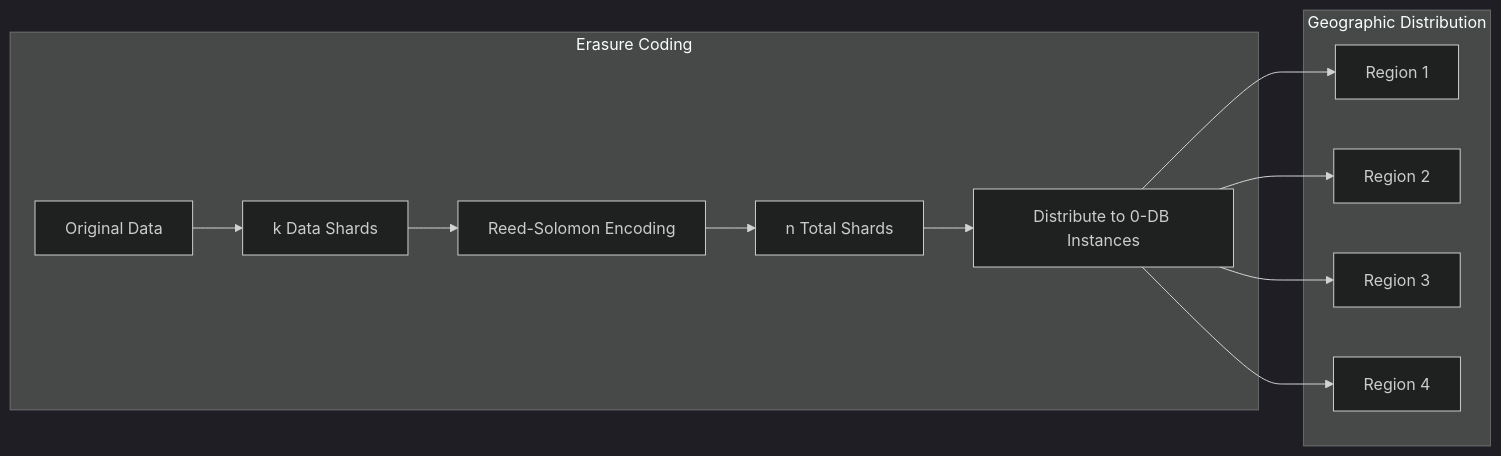
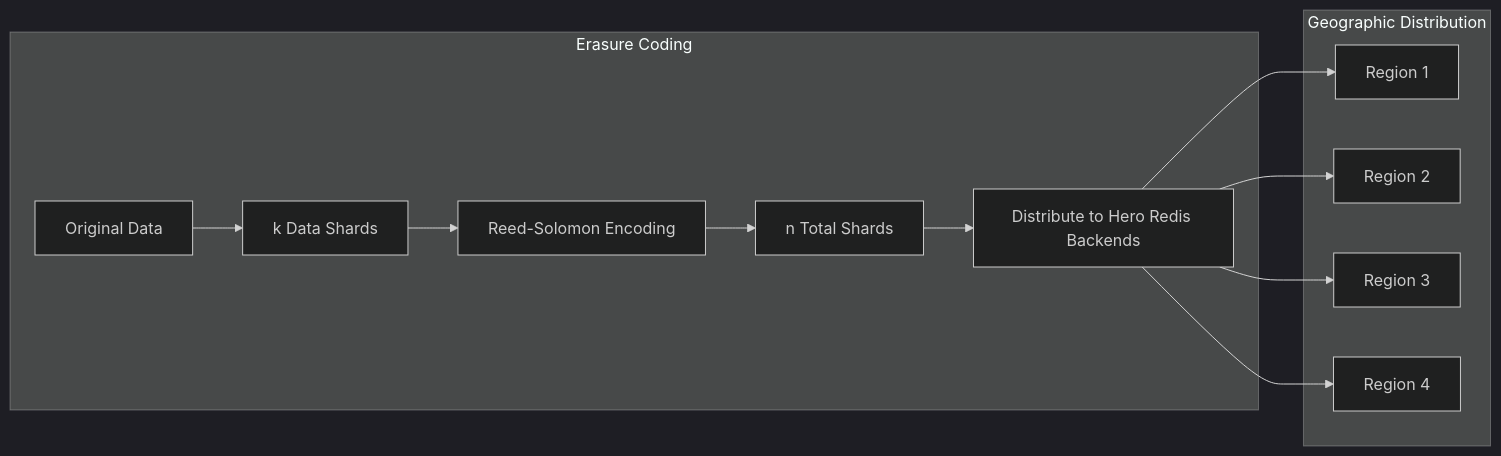
One commit to threefoldtech/mycelium-cdn-registry changed the second of 3 diagrams in docs/mycdnctl-user-guide.md. Above: the diagram before and after it, drawn with Mermaid (dark theme). The commit also changed other lines of this file and 14 other files, not shown here.

Commit message:
Change 0-db implementation to hero_redis

````diff
--- a/docs/mycdnctl-user-guide.md
+++ b/docs/mycdnctl-user-guide.md
@@ -91,16 +104,16 @@
 ```mermaid
 graph LR
     subgraph "Erasure Coding"
         Data[Original Data] --> DataShards[k Data Shards]
         DataShards --> RS[Reed-Solomon Encoding]
         RS --> AllShards[n Total Shards]
-        AllShards --> Dist[Distribute to 0-DB Instances]
+        AllShards --> Dist[Distribute to Hero Redis Backends]
     end
     
     subgraph "Geographic Distribution"
         Dist --> Region1[Region 1]
         Dist --> Region2[Region 2]
         Dist --> Region3[Region 3]
         Dist --> Region4[Region 4]
     end
 ```
````
